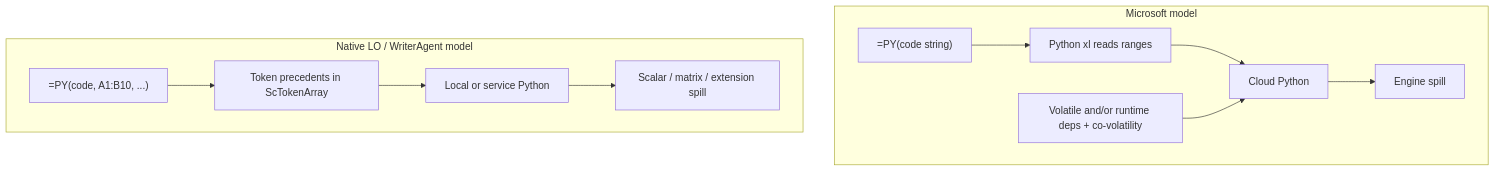
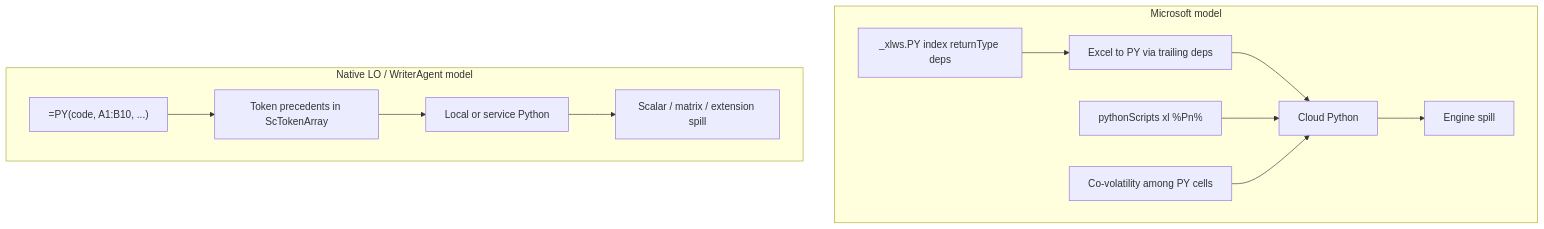
The diagram in docs/ms-py-libreoffice-compatibility.md (Augusto-Zolet/writeragent), drawn with Mermaid before and after one commit. The commit also changed other lines of this file and 6 other files, not shown here.

````diff
--- a/docs/ms-py-libreoffice-compatibility.md
+++ b/docs/ms-py-libreoffice-compatibility.md
@@ -83,19 +84,21 @@
 ```mermaid
 flowchart TB
   subgraph ms [Microsoft model]
-    F1["=PY(code string)"]
-    Xl["Python xl reads ranges"]
-    Dirty["Volatile and/or runtime deps + co-volatility"]
+    F1["_xlws.PY index returnType deps"]
+    PS["pythonScripts xl %Pn%"]
+    Dirty["Excel to PY via trailing deps"]
+    CoVol["Co-volatility among PY cells"]
     Cloud["Cloud Python"]
     Spill1["Engine spill"]
-    F1 --> Xl --> Cloud --> Spill1
-    Dirty --> Cloud
+    F1 --> Dirty --> Cloud --> Spill1
+    PS --> Cloud
+    CoVol --> Cloud
   end
   subgraph lo [Native LO / WriterAgent model]
     F2["=PY(code, A1:B10, ...)"]
     Dag["Token precedents in ScTokenArray"]
     Local["Local or service Python"]
     Ret["Scalar / matrix / extension spill"]
     F2 --> Dag --> Local --> Ret
   end
 ```
````
